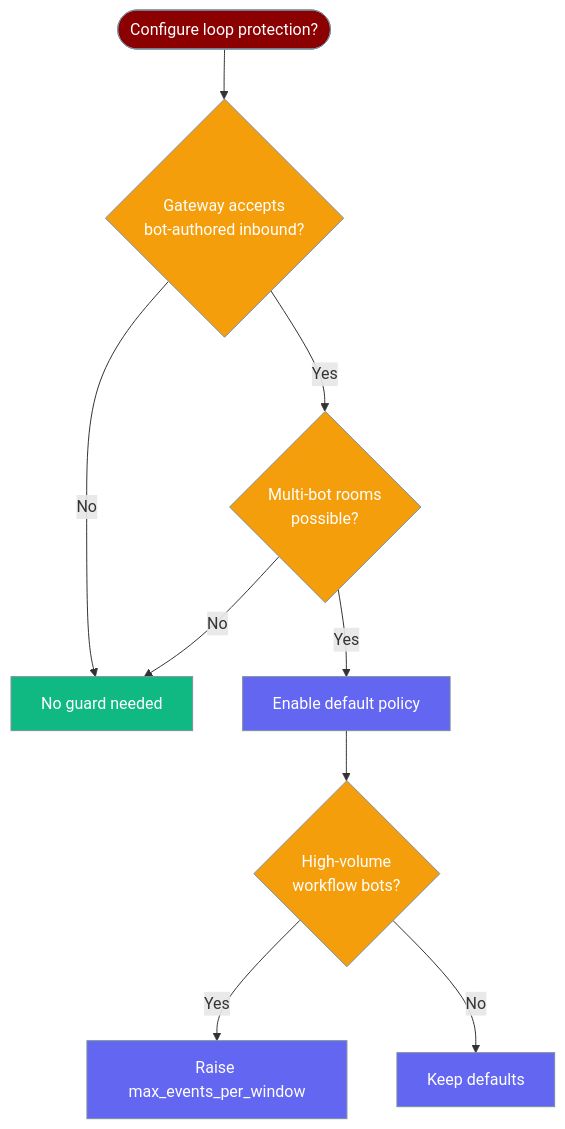
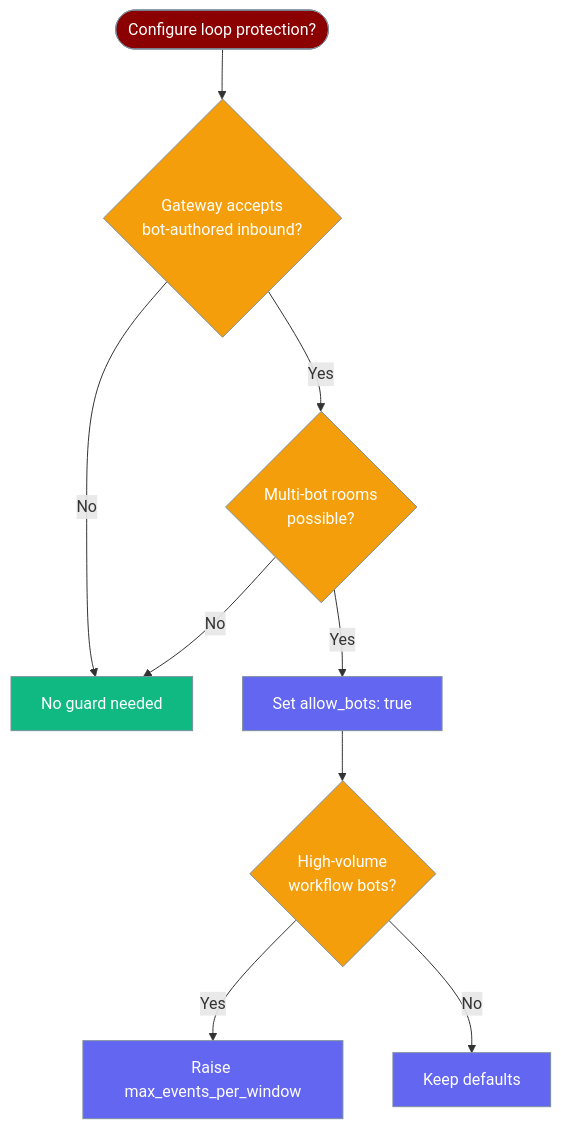
Before and after one commit to MervinPraison/PraisonAIDocs: the fourth of 4 diagrams in docs/features/bot-loop-protection.mdx, drawn with Mermaid. The commit also changed other lines of this file and 3 other files, not shown here.

First line of the commit message:
docs: wire allow_bots + bot_loop_protection config surface (fixes #4277)

````diff
--- a/docs/features/bot-loop-protection.mdx
+++ b/docs/features/bot-loop-protection.mdx
@@ -153,21 +199,21 @@
 ```mermaid
 graph TB
     Start([Configure loop protection?]) --> Q1{Gateway accepts<br/>bot-authored inbound?}
     Q1 -->|No| Skip[No guard needed]
     Q1 -->|Yes| Q2{Multi-bot rooms<br/>possible?}
     Q2 -->|No| Skip
-    Q2 -->|Yes| Enable[Enable default policy]
+    Q2 -->|Yes| Enable[Set allow_bots: true]
     Enable --> Q3{High-volume<br/>workflow bots?}
     Q3 -->|Yes| Raise[Raise max_events_per_window]
     Q3 -->|No| Keep[Keep defaults]
 
     classDef start fill:#8B0000,stroke:#7C90A0,color:#fff
     classDef check fill:#F59E0B,stroke:#7C90A0,color:#fff
     classDef config fill:#6366F1,stroke:#7C90A0,color:#fff
     classDef ok fill:#10B981,stroke:#7C90A0,color:#fff
 
     class Start start
     class Q1,Q2,Q3 check
     class Enable,Raise,Keep config
     class Skip ok
 ```
````
